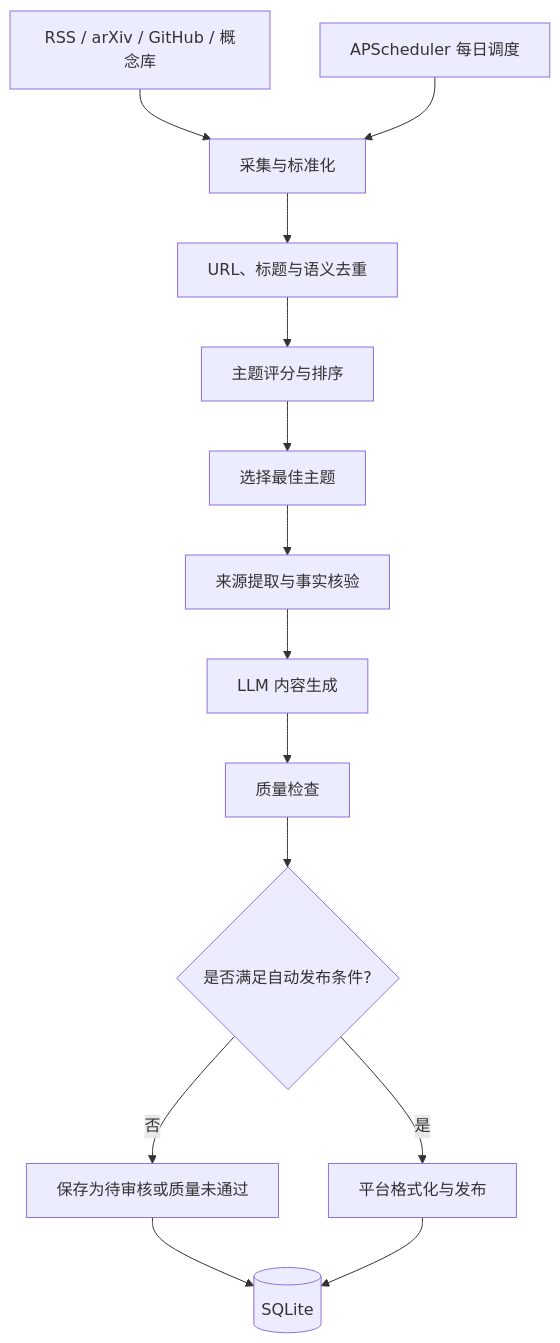
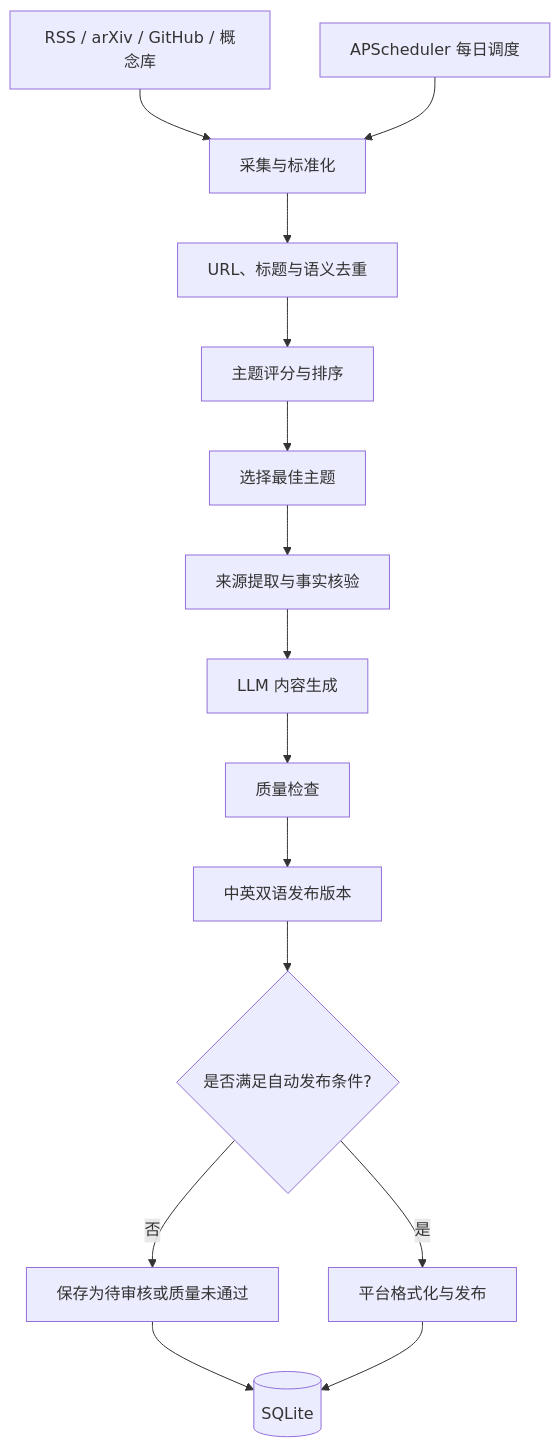
One commit to felixren7/ai-daily-content-agent changed the diagram in README.zh-CN.md. Above: the diagram before and after it, drawn with Mermaid. The commit also changed other lines of this file and 25 other files, not shown here.

````diff
--- a/README.zh-CN.md
+++ b/README.zh-CN.md
@@ -11,16 +11,17 @@
 ```mermaid
 flowchart TD
     A[RSS / arXiv / GitHub / 概念库] --> B[采集与标准化]
     B --> C[URL、标题与语义去重]
     C --> D[主题评分与排序]
     D --> E[选择最佳主题]
     E --> F[来源提取与事实核验]
     F --> G[LLM 内容生成]
     G --> H[质量检查]
-    H --> I{是否满足自动发布条件?}
+    H --> T[中英双语发布版本]
+    T --> I{是否满足自动发布条件?}
     I -- 否 --> J[保存为待审核或质量未通过]
     I -- 是 --> K[平台格式化与发布]
     J --> L[(SQLite)]
     K --> L
     M[APScheduler 每日调度] --> B
 ```
````
